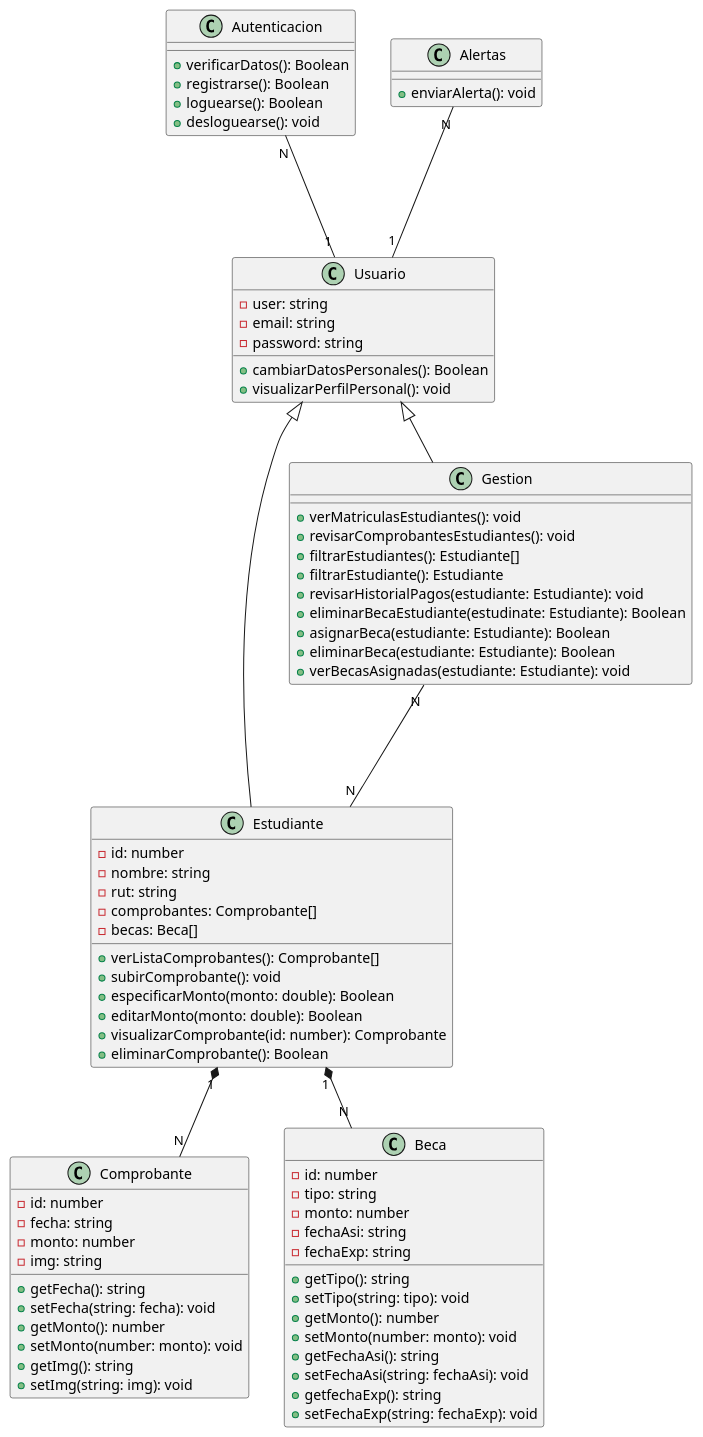
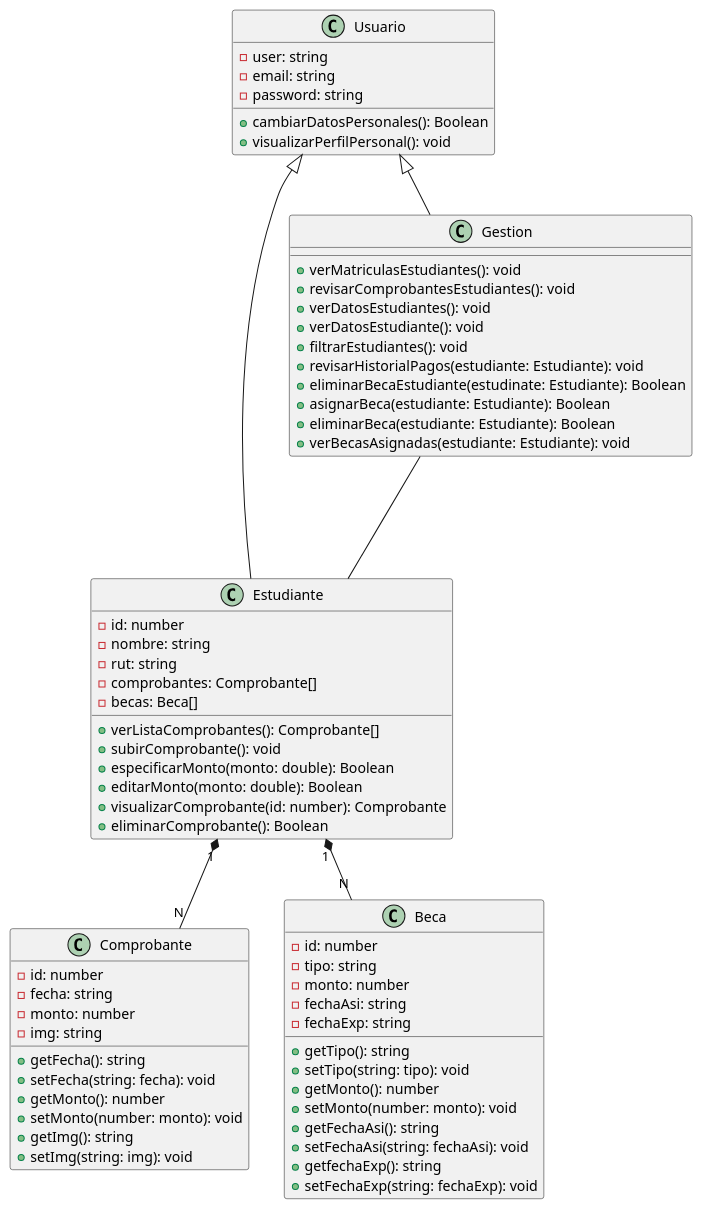
One commit to luisllanca/INFO248-graduados changed the diagram in diagramas/clases.pu. Above: the diagram before and after it, drawn with PlantUML. The commit also changed 14 other files, not shown here.

```diff
--- a/diagramas/clases.pu
+++ b/diagramas/clases.pu
@@ -1,89 +1,80 @@
 @startuml
 
-
-class Autenticacion {
-  +verificarDatos(): Boolean
-  +registrarse(): Boolean
-  +loguearse(): Boolean
-  +desloguearse(): void
-}
-
-class Alertas {
-  +enviarAlerta(): void
-}
-
+' +registrarse(): Boolean
+  ' +loguearse(): Boolean
+  ' +desloguearse(): void
 class Usuario {
   -user: string
   -email: string
   -password: string
   +cambiarDatosPersonales(): Boolean
   +visualizarPerfilPersonal(): void
+  
 }
 
 class Estudiante {
   -id: number
   -nombre: string
   -rut: string
   -comprobantes: Comprobante[]
   -becas: Beca[]
   +verListaComprobantes(): Comprobante[]
   +subirComprobante(): void
   +especificarMonto(monto: double): Boolean
   +editarMonto(monto: double): Boolean
   +visualizarComprobante(id: number): Comprobante
   +eliminarComprobante(): Boolean
 }
 
 class Comprobante {
   -id: number
   -fecha: string
   -monto: number
   -img: string
 
   +getFecha(): string
   +setFecha(string: fecha): void
   +getMonto(): number
   +setMonto(number: monto): void
   +getImg(): string
   +setImg(string: img): void
 }
 
 class Gestion {
   +verMatriculasEstudiantes(): void
   +revisarComprobantesEstudiantes(): void
-  +filtrarEstudiantes(): Estudiante[]
-  +filtrarEstudiante(): Estudiante
+  +verDatosEstudiantes(): void
+  +verDatosEstudiante(): void
+  +filtrarEstudiantes(): void
   +revisarHistorialPagos(estudiante: Estudiante): void
   +eliminarBecaEstudiante(estudinate: Estudiante): Boolean
   +asignarBeca(estudiante: Estudiante): Boolean
   +eliminarBeca(estudiante: Estudiante): Boolean
   +verBecasAsignadas(estudiante: Estudiante): void
 }
 
 
 class Beca {
   -id: number
   -tipo: string
   -monto: number
   -fechaAsi: string
   -fechaExp: string
 
   +getTipo(): string
   +setTipo(string: tipo): void
   +getMonto(): number
   +setMonto(number: monto): void
   +getFechaAsi(): string
   +setFechaAsi(string: fechaAsi): void
   +getfechaExp(): string
   +setFechaExp(string: fechaExp): void
 }
 
-Autenticacion "N" --- "1" Usuario
-Alertas "N" --- "1" Usuario
 Usuario <|-- Estudiante
 Usuario <|-- Gestion
 Estudiante "1" *-- "N" Comprobante
 Estudiante "1" *-- "N" Beca
-Gestion "N" --- "N" Estudiante
+Gestion --- Estudiante
 
 @enduml
```
